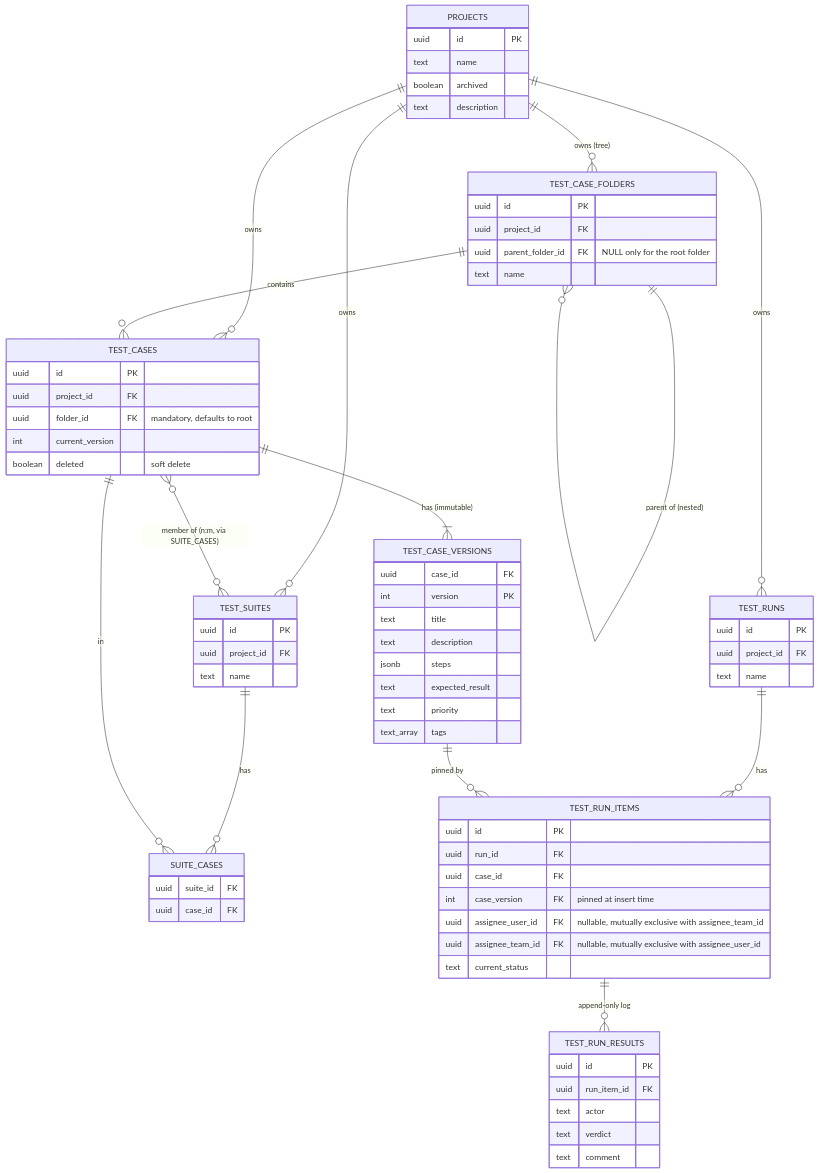
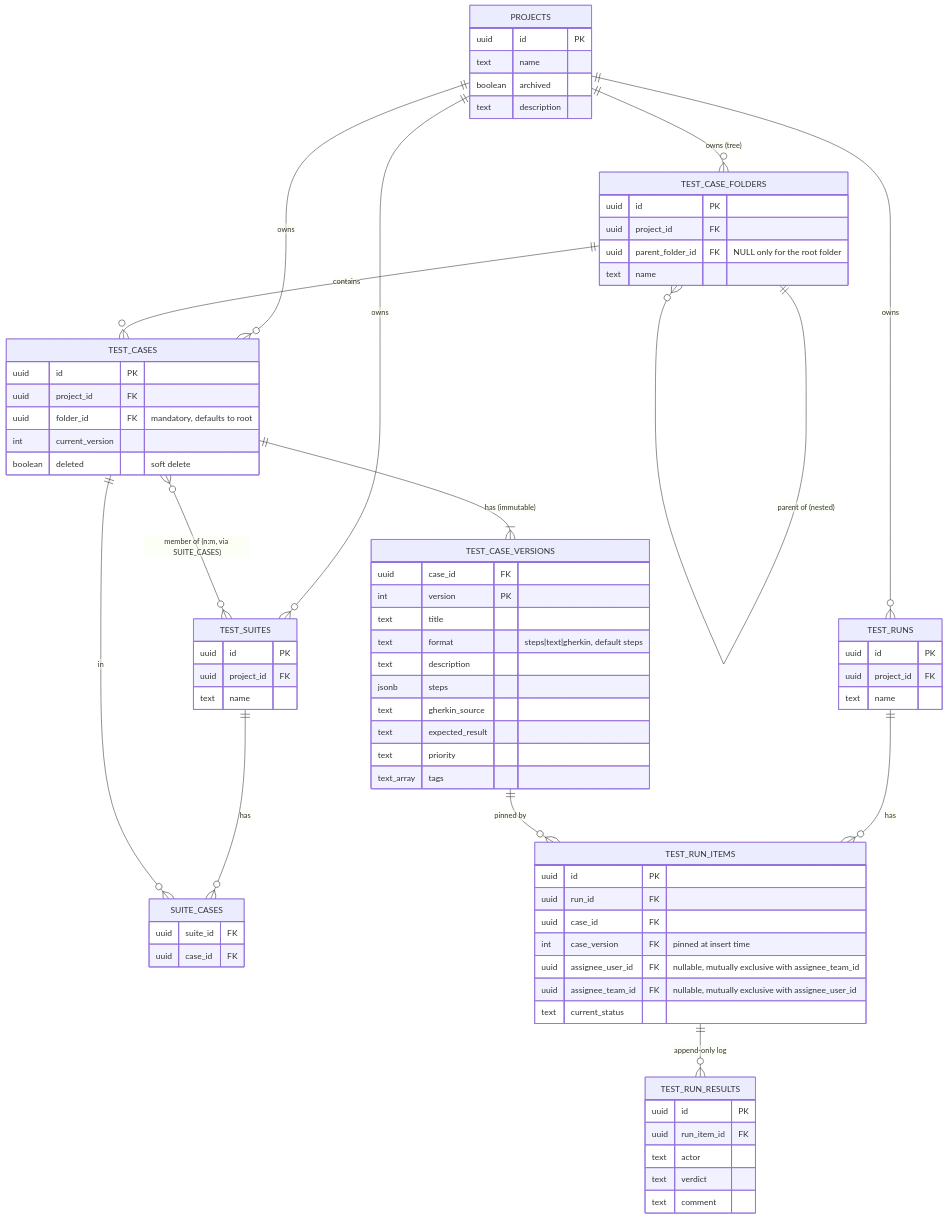
The diagram in docs/database.md (Barayo/TestPulse), drawn with Mermaid before and after one commit. The commit also changed other lines of this file and 29 other files, not shown here.

First line of the commit message:
feat(api,web): add free-text and Gherkin case authoring formats

````diff
--- a/docs/database.md
+++ b/docs/database.md
@@ -16,80 +16,82 @@
 ```mermaid
 erDiagram
     PROJECTS ||--o{ TEST_CASE_FOLDERS : "owns (tree)"
     PROJECTS ||--o{ TEST_CASES : owns
     PROJECTS ||--o{ TEST_SUITES : owns
     PROJECTS ||--o{ TEST_RUNS : owns
 
     TEST_CASE_FOLDERS ||--o{ TEST_CASE_FOLDERS : "parent of (nested)"
     TEST_CASE_FOLDERS ||--o{ TEST_CASES : contains
 
     TEST_CASES ||--|{ TEST_CASE_VERSIONS : "has (immutable)"
     TEST_CASES }o--o{ TEST_SUITES : "member of (n:m, via SUITE_CASES)"
 
     TEST_SUITES ||--o{ SUITE_CASES : has
     TEST_CASES ||--o{ SUITE_CASES : "in"
 
     TEST_RUNS ||--o{ TEST_RUN_ITEMS : has
     TEST_CASE_VERSIONS ||--o{ TEST_RUN_ITEMS : "pinned by"
     TEST_RUN_ITEMS ||--o{ TEST_RUN_RESULTS : "append-only log"
 
     PROJECTS {
         uuid id PK
         text name
         boolean archived
         text description
     }
     TEST_CASE_FOLDERS {
         uuid id PK
         uuid project_id FK
         uuid parent_folder_id FK "NULL only for the root folder"
         text name
     }
     TEST_CASES {
         uuid id PK
         uuid project_id FK
         uuid folder_id FK "mandatory, defaults to root"
         int current_version
         boolean deleted "soft delete"
     }
     TEST_CASE_VERSIONS {
         uuid case_id FK
         int version PK
         text title
+        text format "steps|text|gherkin, default steps"
         text description
         jsonb steps
+        text gherkin_source
         text expected_result
         text priority
         text_array tags
     }
     TEST_SUITES {
         uuid id PK
         uuid project_id FK
         text name
     }
     SUITE_CASES {
         uuid suite_id FK
         uuid case_id FK
     }
     TEST_RUNS {
         uuid id PK
         uuid project_id FK
         text name
     }
     TEST_RUN_ITEMS {
         uuid id PK
         uuid run_id FK
         uuid case_id FK
         int case_version FK "pinned at insert time"
         uuid assignee_user_id FK "nullable, mutually exclusive with assignee_team_id"
         uuid assignee_team_id FK "nullable, mutually exclusive with assignee_user_id"
         text current_status
     }
     TEST_RUN_RESULTS {
         uuid id PK
         uuid run_item_id FK
         text actor
         text verdict
         text comment
     }
 ```
````
